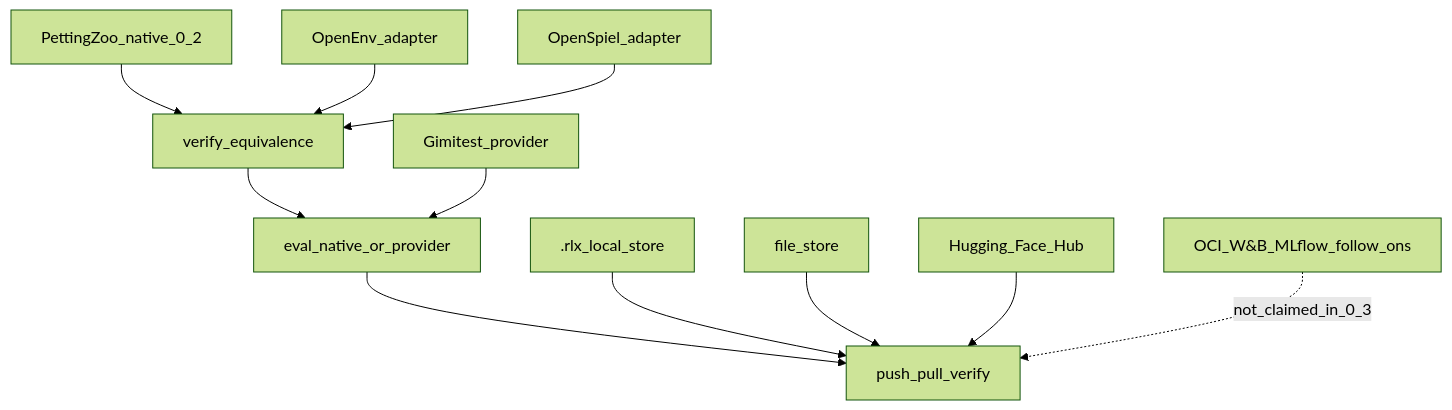
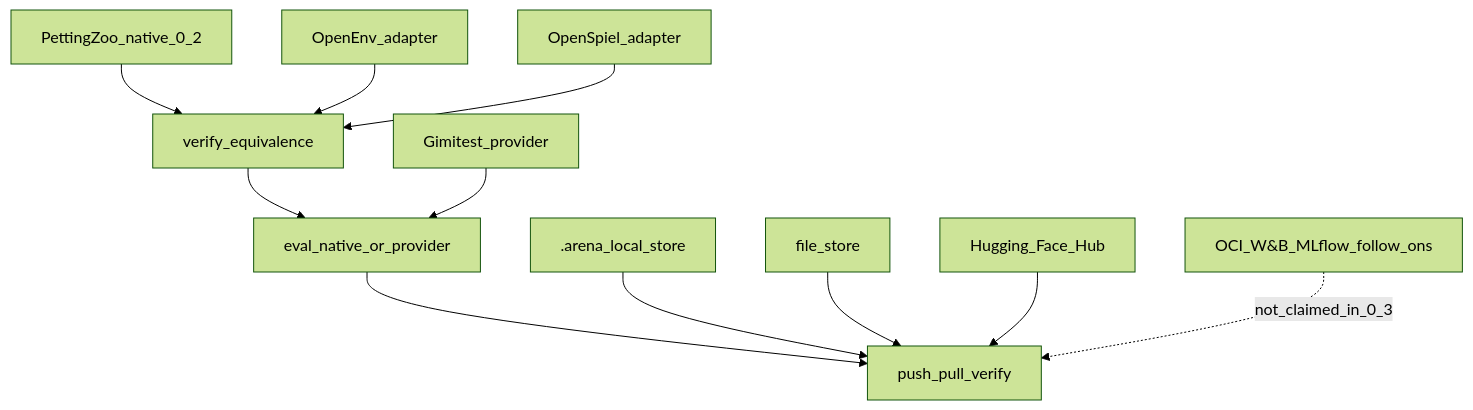
Before and after one commit to almanzalex/Arena: the diagram in docs/0.3-delivery.md, drawn with Mermaid (forest theme). The commit also changed other lines of this file and 312 other files, not shown here.

````diff
--- a/docs/0.3-delivery.md
+++ b/docs/0.3-delivery.md
@@ -8,13 +8,13 @@
 ```mermaid
 flowchart TB
   Native[PettingZoo_native_0_2] --> Eq[verify_equivalence]
   OE[OpenEnv_adapter] --> Eq
   OS[OpenSpiel_adapter] --> Eq
   Eq --> Eval[eval_native_or_provider]
   Gim[Gimitest_provider] --> Eval
   Eval --> Store[push_pull_verify]
-  Local[.rlx_local_store] --> Store
+  Local[.arena_local_store] --> Store
   File[file_store] --> Store
   HF[Hugging_Face_Hub] --> Store
   FollowOn[OCI_W&B_MLflow_follow_ons] -. not_claimed_in_0_3 .-> Store
 ```
````
